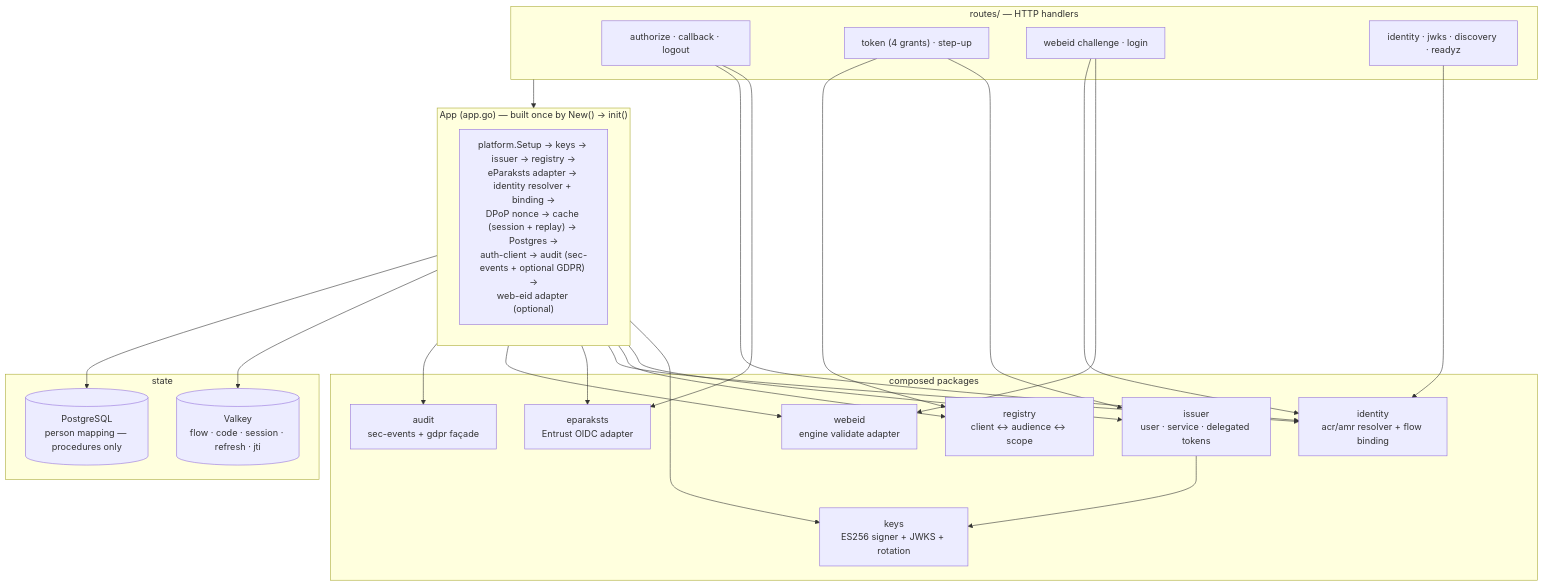
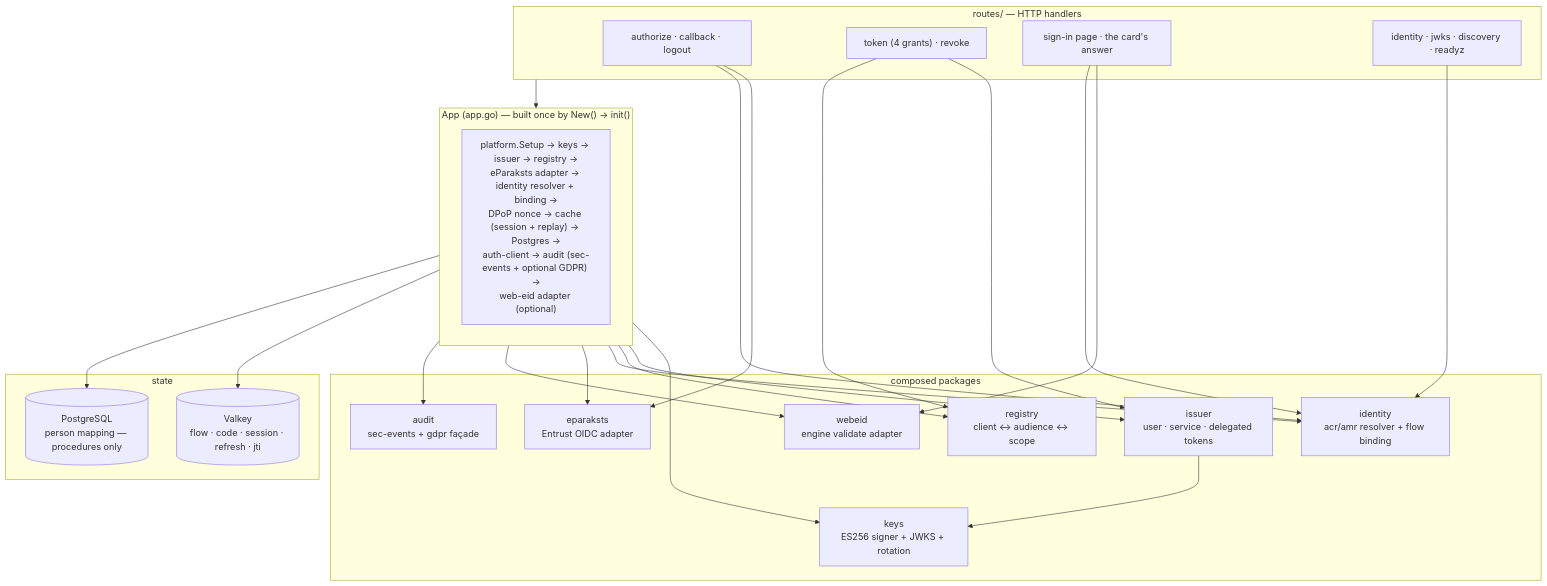
Before and after one commit to go-make-bytes/authbyte: the second of 3 diagrams in README.md, drawn with Mermaid. The commit also changed other lines of this file and 30 other files, not shown here.

Commit message:
Remove the step-up: /step-up and /webeid/login are gone, and the client registry has no step_up_methods

````diff
--- a/README.md
+++ b/README.md
@@ -202,38 +200,38 @@
 ```mermaid
 flowchart TB
     subgraph App["App (app.go) — built once by New() → init()"]
         direction TB
         Init["platform.Setup → keys → issuer → registry →<br/>eParaksts adapter → identity resolver + binding →<br/>DPoP nonce → cache (session + replay) → Postgres →<br/>auth-client → audit (sec-events + optional GDPR) →<br/>web-eid adapter (optional)"]
     end
 
     subgraph Routes["routes/ — HTTP handlers"]
         AZ["authorize · callback · logout"]
-        TK["token (4 grants) · step-up"]
-        WB["webeid challenge · login"]
+        TK["token (4 grants) · revoke"]
+        WB["sign-in page · the card's answer"]
         ID["identity · jwks · discovery · readyz"]
     end
 
     subgraph Comp["composed packages"]
         KEYS["keys<br/>ES256 signer + JWKS + rotation"]
         ISS["issuer<br/>user · service · delegated tokens"]
         REG["registry<br/>client ↔ audience ↔ scope"]
         IDN["identity<br/>acr/amr resolver + flow binding"]
         EPA["eparaksts<br/>Entrust OIDC adapter"]
         WEB["webeid<br/>engine validate adapter"]
         AUD["audit<br/>sec-events + gdpr façade"]
     end
 
     subgraph State["state"]
         RD[(Valkey<br/>flow · code · session · refresh · jti)]
         PG[(PostgreSQL<br/>person mapping — procedures only)]
     end
 
     Routes --> App
     TK --> ISS & REG
     AZ --> EPA & IDN
     WB --> WEB & IDN
     ID --> IDN
     App --> KEYS & ISS & REG & IDN & EPA & WEB & AUD
     App --> RD & PG
     ISS --> KEYS
 ```
````
